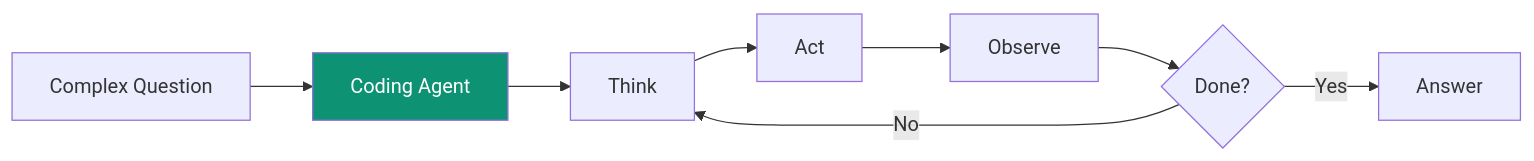
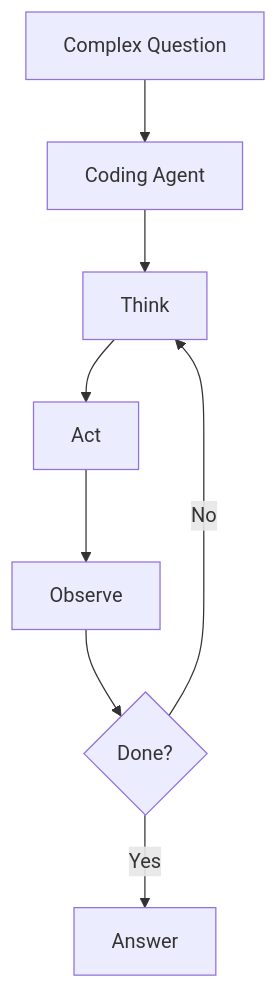
One commit to ashishsuperatom/tech-docs changed the third of 4 diagrams in introduction/core-concepts.mdx. Above: the diagram before and after it, drawn with Mermaid. The commit also changed other lines of this file and 37 other files, not shown here.

First line of the commit message:
Clean up docs: remove em-dashes, fix mermaid diagrams, remove emojis

````diff
--- a/introduction/core-concepts.mdx
+++ b/introduction/core-concepts.mdx
@@ -158,13 +151,12 @@
 ```mermaid
-flowchart LR
+flowchart TD
     Q["Complex Question"] --> AGENT["Coding Agent"]
 
     AGENT --> THINK["Think"]
     THINK --> ACT["Act"]
     ACT --> OBSERVE["Observe"]
     OBSERVE --> DECIDE{"Done?"}
     DECIDE -->|No| THINK
     DECIDE -->|Yes| ANSWER["Answer"]
 
-    style AGENT fill:#0D9373,color:#fff
 ```
````
